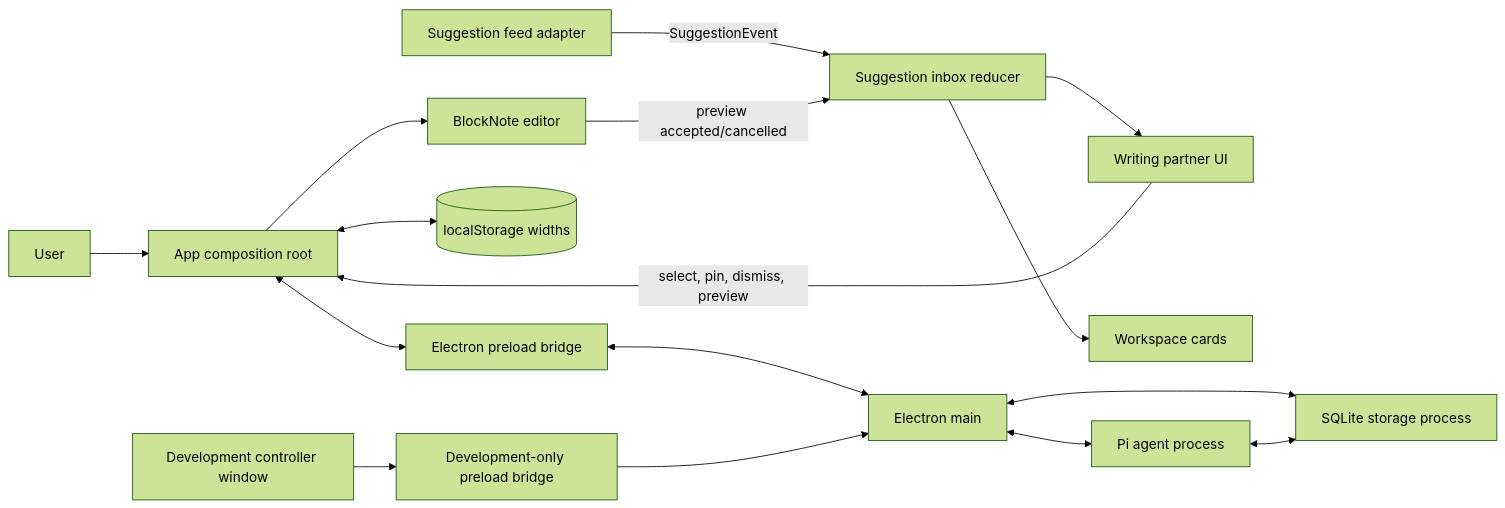
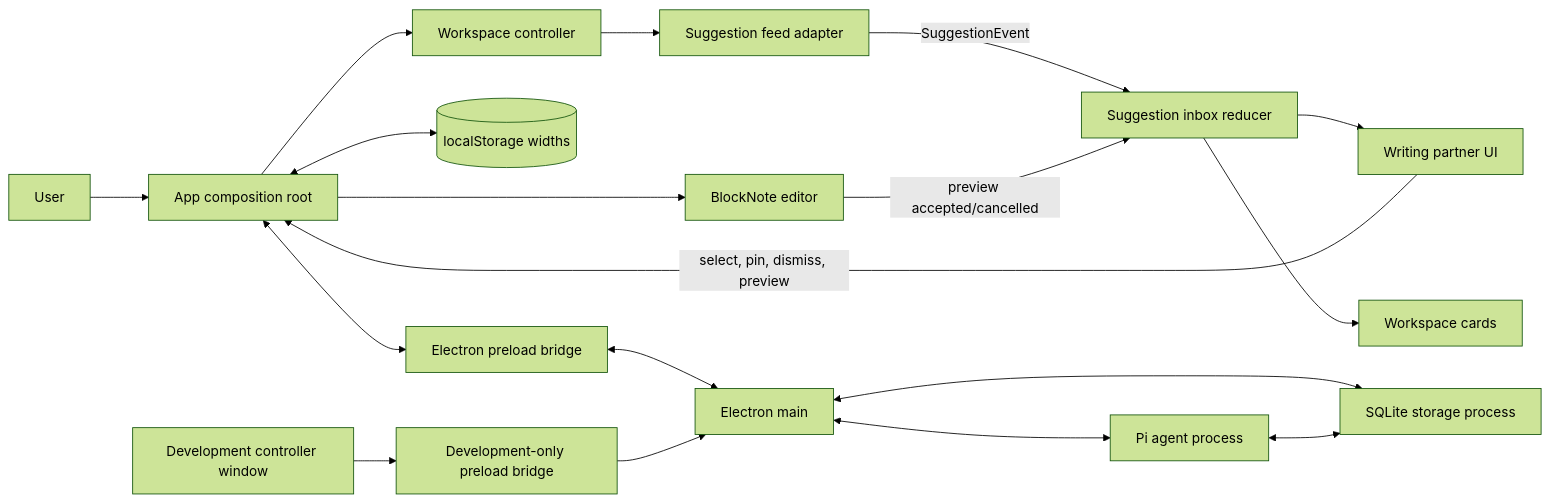
One commit to bitshielddev/writing-app changed the first of 2 diagrams in docs/architecture.md. Above: the diagram before and after it, drawn with Mermaid (forest theme). The commit also changed other lines of this file and 46 other files, not shown here.

````diff
--- a/docs/architecture.md
+++ b/docs/architecture.md
@@ -7,33 +7,36 @@
 ```mermaid
 flowchart LR
     User[User]
     Shell[App composition root]
+    WorkspaceController[Workspace controller]
     Editor[BlockNote editor]
     Feed[Suggestion feed adapter]
     Inbox[Suggestion inbox reducer]
     Dock[Writing partner UI]
     Pins[Workspace cards]
     Storage[(localStorage widths)]
     Bridge[Electron preload bridge]
     Main[Electron main]
     Database[SQLite storage process]
     Agent[Pi agent process]
     Controller[Development controller window]
     DevBridge[Development-only preload bridge]
 
     User --> Shell
     Shell --> Editor
+    Shell --> WorkspaceController
+    WorkspaceController --> Feed
     Feed -->|SuggestionEvent| Inbox
     Inbox --> Dock
     Inbox --> Pins
     Dock -->|select, pin, dismiss, preview| Shell
     Editor -->|preview accepted/cancelled| Inbox
     Shell <--> Storage
     Shell <--> Bridge
     Bridge <--> Main
     Main <--> Database
     Main <--> Agent
     Agent <--> Database
     Controller --> DevBridge
     DevBridge --> Main
 ```
````
